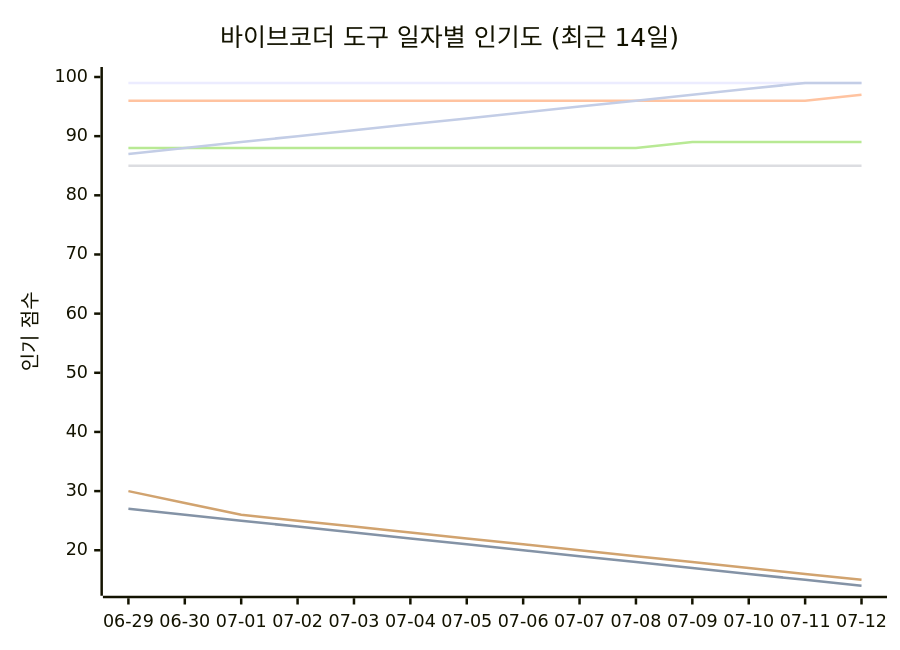
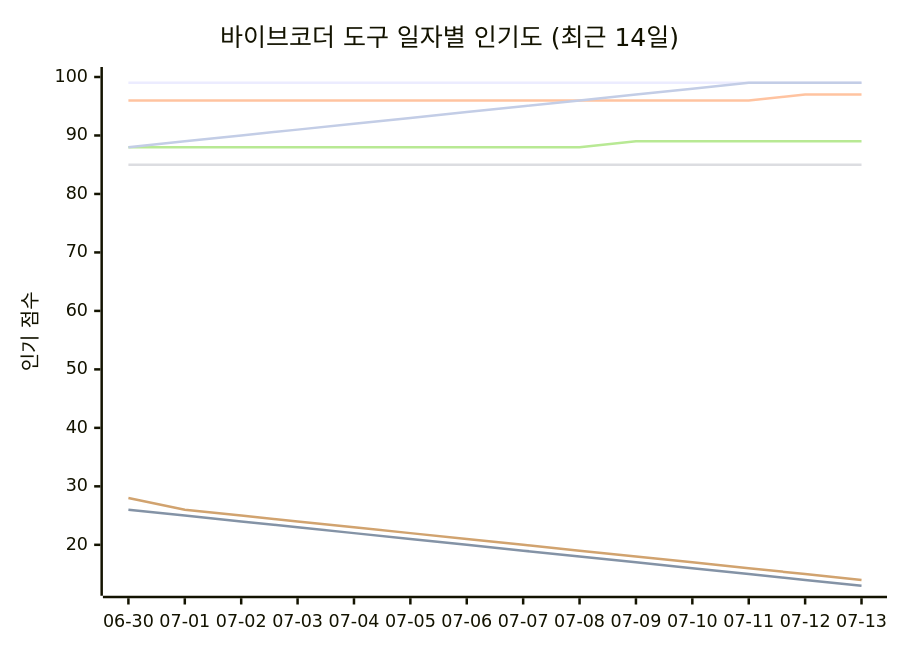
One commit to tykimos/ai-whatchelin changed the seventh of 11 diagrams in README_ko.md. Above: the diagram before and after it, drawn with Mermaid. The commit also changed other lines of this file and 4 other files, not shown here.

````diff
--- a/README_ko.md
+++ b/README_ko.md
@@ -1938,13 +1947,13 @@
 ```mermaid
 xychart-beta
     title "바이브코더 도구 일자별 인기도 (최근 14일)"
-    x-axis ["06-29", "06-30", "07-01", "07-02", "07-03", "07-04", "07-05", "07-06", "07-07", "07-08", "07-09", "07-10", "07-11", "07-12"]
-    y-axis "인기 점수" 14 --> 100
+    x-axis ["06-30", "07-01", "07-02", "07-03", "07-04", "07-05", "07-06", "07-07", "07-08", "07-09", "07-10", "07-11", "07-12", "07-13"]
+    y-axis "인기 점수" 13 --> 100
     line "Claude Code" [99, 99, 99, 99, 99, 99, 99, 99, 99, 99, 99, 99, 99, 99]
-    line "GH Copilot" [27, 26, 25, 24, 23, 22, 21, 20, 19, 18, 17, 16, 15, 14]
-    line "Cursor" [96, 96, 96, 96, 96, 96, 96, 96, 96, 96, 96, 96, 96, 97]
+    line "GH Copilot" [26, 25, 24, 23, 22, 21, 20, 19, 18, 17, 16, 15, 14, 13]
+    line "Cursor" [96, 96, 96, 96, 96, 96, 96, 96, 96, 96, 96, 96, 97, 97]
     line "Windsurf" [85, 85, 85, 85, 85, 85, 85, 85, 85, 85, 85, 85, 85, 85]
-    line "Codex CLI" [88, 88, 88, 88, 88, 88, 88, 88, 88, 88, 89, 89, 89, 89]
-    line "Gemini CLI" [30, 28, 26, 25, 24, 23, 22, 21, 20, 19, 18, 17, 16, 15]
-    line "Antigravity" [87, 88, 89, 90, 91, 92, 93, 94, 95, 96, 97, 98, 99, 99]
+    line "Codex CLI" [88, 88, 88, 88, 88, 88, 88, 88, 88, 89, 89, 89, 89, 89]
+    line "Gemini CLI" [28, 26, 25, 24, 23, 22, 21, 20, 19, 18, 17, 16, 15, 14]
+    line "Antigravity" [88, 89, 90, 91, 92, 93, 94, 95, 96, 97, 98, 99, 99, 99]
 ```
````
